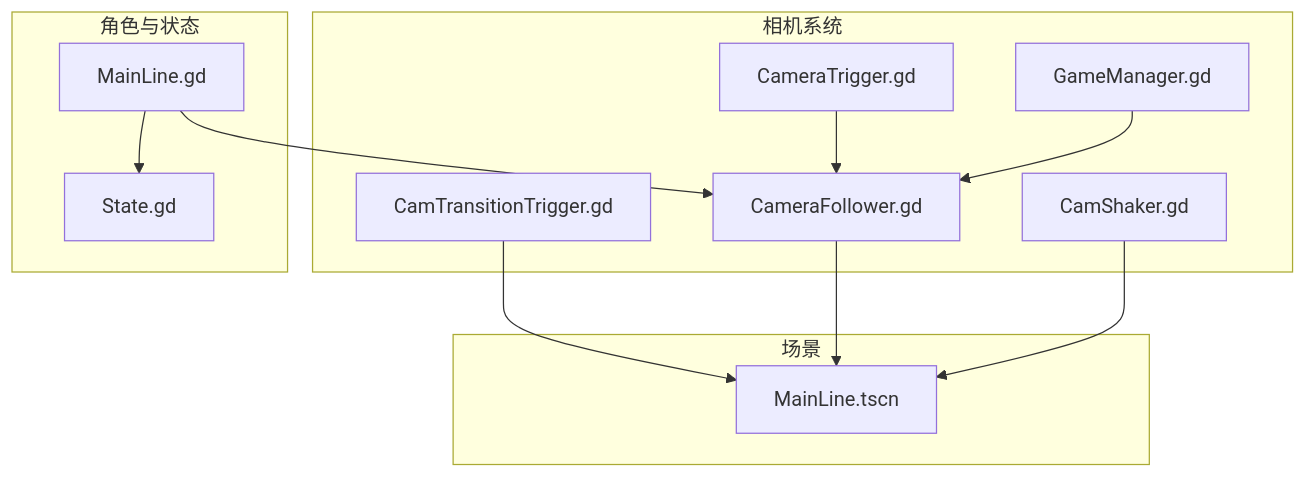
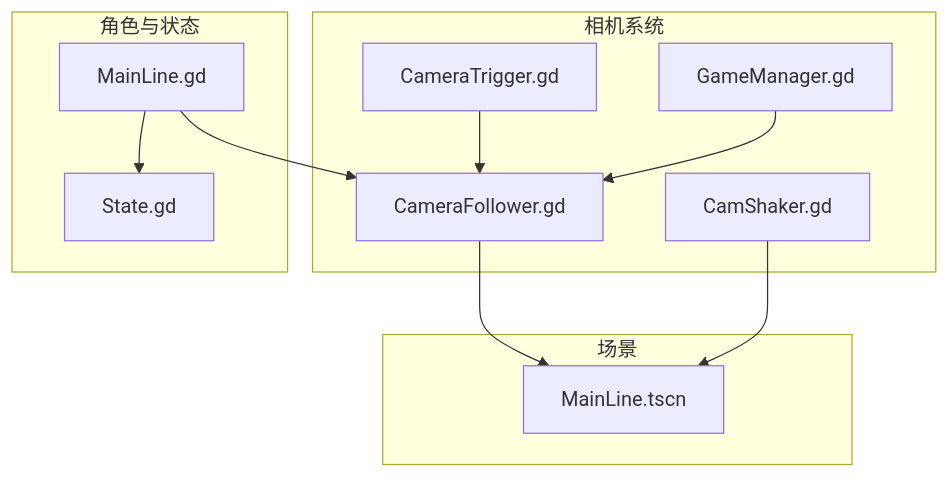
Before and after one commit to godotline/godot-line: the first of 7 diagrams in .qoder/repowiki/zh/content/游戏系统/触发器系统/相机触发器.md, drawn with Mermaid. The commit also changed other lines of this file and 10 other files, not shown here.

````diff
--- a/.qoder/repowiki/zh/content/游戏系统/触发器系统/相机触发器.md
+++ b/.qoder/repowiki/zh/content/游戏系统/触发器系统/相机触发器.md
@@ -58,24 +57,22 @@
 ```mermaid
 graph TB
 subgraph "相机系统"
 CF["CameraFollower.gd"]
 CT["CameraTrigger.gd"]
-CTT["CamTransitionTrigger.gd"]
 CS["CamShaker.gd"]
 GM["GameManager.gd"]
 end
 subgraph "角色与状态"
 ML["MainLine.gd"]
 ST["State.gd"]
 end
 subgraph "场景"
 SCN["MainLine.tscn"]
 end
 CT --> CF
-CTT --> SCN
 CF --> SCN
 ML --> CF
 ML --> ST
 CS --> SCN
 GM --> CF
 ```
````
